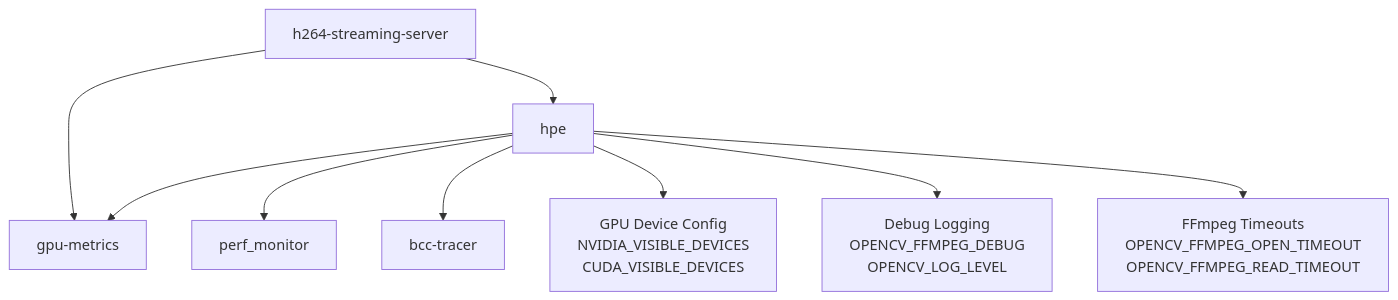
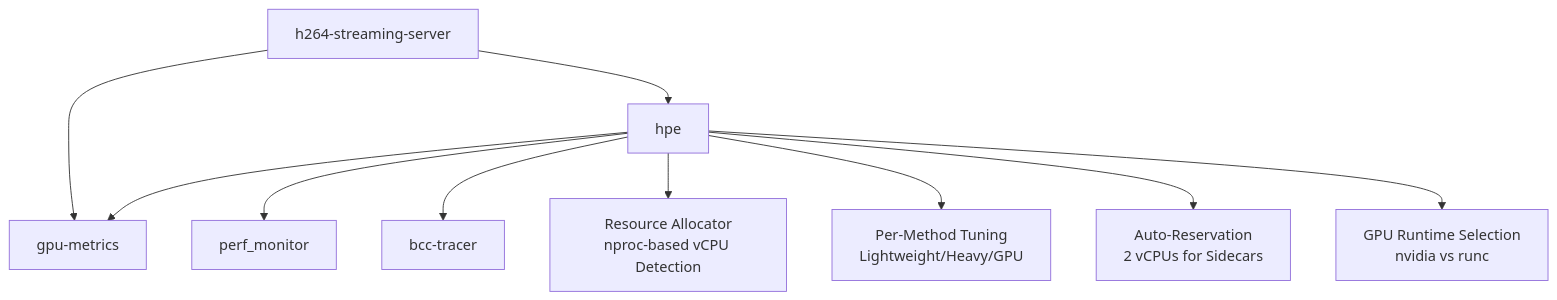
Before and after one commit to Fogus-Gr/MeasurementsDTs: the fourth of 8 diagrams in .qoder/repowiki/en/content/Deployment Infrastructure/Deployment Infrastructure.md, drawn with Mermaid. The commit also changed other lines of this file and 14 other files, not shown here.

First line of the commit message:
refactor(container): remove CPU optimization scripts and enhance resource allocation

````diff
--- a/.qoder/repowiki/en/content/Deployment Infrastructure/Deployment Infrastructure.md
+++ b/.qoder/repowiki/en/content/Deployment Infrastructure/Deployment Infrastructure.md
@@ -208,11 +248,12 @@
 ```mermaid
 graph TB
 S["h264-streaming-server"] --> H["hpe"]
 S --> M["gpu-metrics"]
 H --> M
 H --> P["perf_monitor"]
 H --> B["bcc-tracer"]
-H --> G["GPU Device Config<br/>NVIDIA_VISIBLE_DEVICES<br/>CUDA_VISIBLE_DEVICES"]
-H --> L["Debug Logging<br/>OPENCV_FFMPEG_DEBUG<br/>OPENCV_LOG_LEVEL"]
-H --> T["FFmpeg Timeouts<br/>OPENCV_FFMPEG_OPEN_TIMEOUT<br/>OPENCV_FFMPEG_READ_TIMEOUT"]
+H --> RA["Resource Allocator<br/>nproc-based vCPU Detection"]
+H --> PT["Per-Method Tuning<br/>Lightweight/Heavy/GPU"]
+H --> AR["Auto-Reservation<br/>2 vCPUs for Sidecars"]
+H --> GR["GPU Runtime Selection<br/>nvidia vs runc"]
 ```
````
